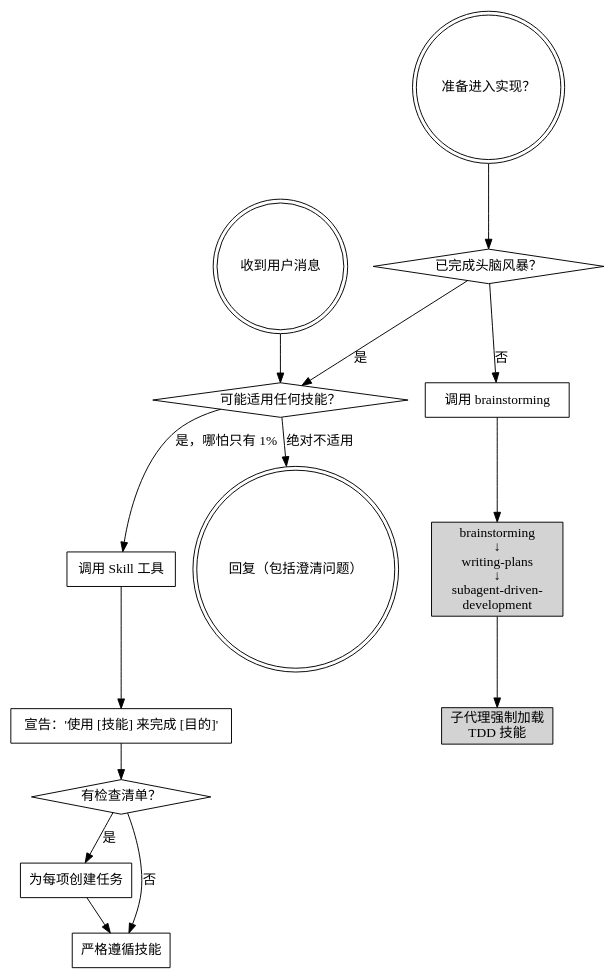
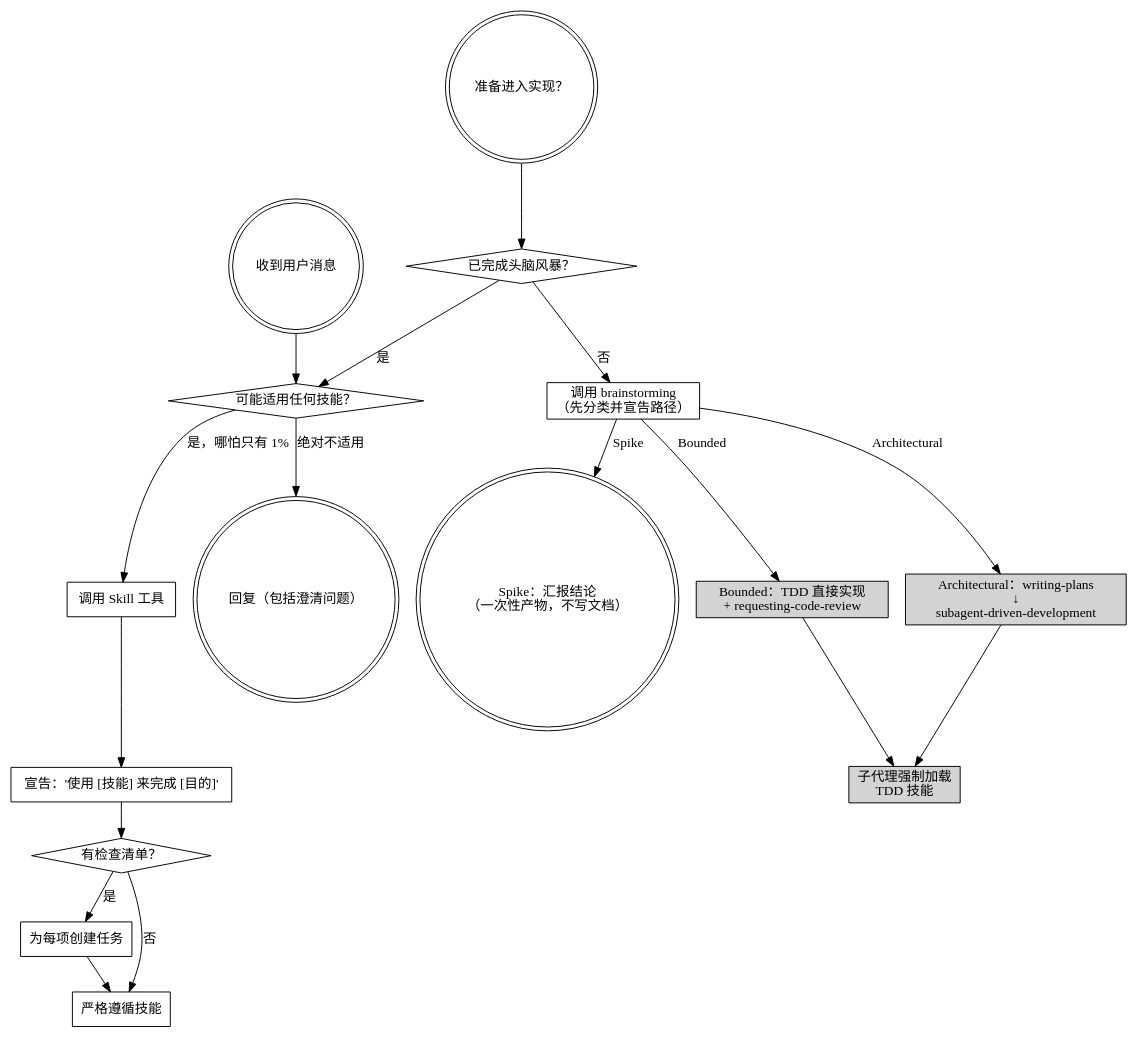
One commit to Geek-Bob/SuperpowersLite changed the diagram in skills/using-superpowers/SKILL.md. Above: the diagram before and after it, drawn with Graphviz. The commit also changed other lines of this file and 3 other files, not shown here.

````diff
--- a/skills/using-superpowers/SKILL.md
+++ b/skills/using-superpowers/SKILL.md
@@ -48,33 +48,38 @@
 ```dot
 digraph skill_flow {
     "收到用户消息" [shape=doublecircle];
     "可能适用任何技能？" [shape=diamond];
     "调用 Skill 工具" [shape=box];
     "宣告：'使用 [技能] 来完成 [目的]'" [shape=box];
     "有检查清单？" [shape=diamond];
     "为每项创建任务" [shape=box];
     "严格遵循技能" [shape=box];
     "回复（包括澄清问题）" [shape=doublecircle];
 
     "准备进入实现？" [shape=doublecircle];
     "已完成头脑风暴？" [shape=diamond];
-    "调用 brainstorming" [shape=box];
-    "brainstorming\n↓\nwriting-plans\n↓\nsubagent-driven-\ndevelopment" [shape=box, style=filled, fillcolor=lightgrey];
+    "调用 brainstorming\n（先分类并宣告路径）" [shape=box];
+    "Spike：汇报结论\n（一次性产物，不写文档）" [shape=doublecircle];
+    "Bounded：TDD 直接实现\n+ requesting-code-review" [shape=box, style=filled, fillcolor=lightgrey];
+    "Architectural：writing-plans\n↓\nsubagent-driven-development" [shape=box, style=filled, fillcolor=lightgrey];
     "子代理强制加载\nTDD 技能" [shape=box, style=filled, fillcolor=lightgrey];
 
     "收到用户消息" -> "可能适用任何技能？";
     "可能适用任何技能？" -> "调用 Skill 工具" [label="是，哪怕只有 1%"];
     "可能适用任何技能？" -> "回复（包括澄清问题）" [label="绝对不适用"];
     "调用 Skill 工具" -> "宣告：'使用 [技能] 来完成 [目的]'";
     "宣告：'使用 [技能] 来完成 [目的]'" -> "有检查清单？";
     "有检查清单？" -> "为每项创建任务" [label="是"];
     "有检查清单？" -> "严格遵循技能" [label="否"];
     "为每项创建任务" -> "严格遵循技能";
 
     "准备进入实现？" -> "已完成头脑风暴？";
-    "已完成头脑风暴？" -> "调用 brainstorming" [label="否"];
+    "已完成头脑风暴？" -> "调用 brainstorming\n（先分类并宣告路径）" [label="否"];
     "已完成头脑风暴？" -> "可能适用任何技能？" [label="是"];
-    "调用 brainstorming" -> "brainstorming\n↓\nwriting-plans\n↓\nsubagent-driven-\ndevelopment";
-    "brainstorming\n↓\nwriting-plans\n↓\nsubagent-driven-\ndevelopment" -> "子代理强制加载\nTDD 技能";
+    "调用 brainstorming\n（先分类并宣告路径）" -> "Spike：汇报结论\n（一次性产物，不写文档）" [label="Spike"];
+    "调用 brainstorming\n（先分类并宣告路径）" -> "Bounded：TDD 直接实现\n+ requesting-code-review" [label="Bounded"];
+    "调用 brainstorming\n（先分类并宣告路径）" -> "Architectural：writing-plans\n↓\nsubagent-driven-development" [label="Architectural"];
+    "Bounded：TDD 直接实现\n+ requesting-code-review" -> "子代理强制加载\nTDD 技能";
+    "Architectural：writing-plans\n↓\nsubagent-driven-development" -> "子代理强制加载\nTDD 技能";
 }
 ```
````
